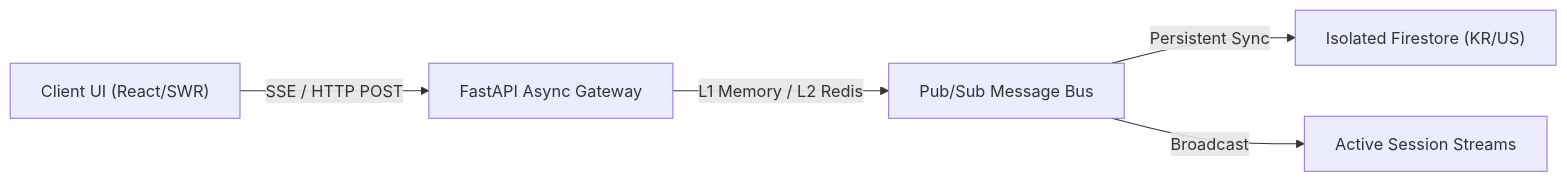
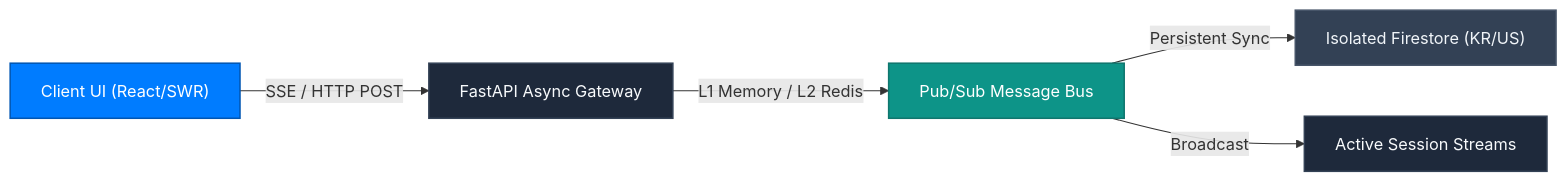
One commit to Connex-Brothers-Consulting-Group/cbcg-hs-connex-docs changed the diagram in features/coworx.mdx. Above: the diagram before and after it, drawn with Mermaid. The commit also changed 35 other files, not shown here.

First line of the commit message:
feat(docs): overhaul enterprise architecture, 6-tab navigation, and 5-pillar user manuals

````diff
--- a/features/coworx.mdx
+++ b/features/coworx.mdx
@@ -30,7 +30,12 @@
 ```mermaid
 graph LR
-    A["Client UI (React/SWR)"] -->|"SSE / HTTP POST"| B["FastAPI Async Gateway"]
-    B -->|"L1 Memory / L2 Redis"| C["Pub/Sub Message Bus"]
-    C -->|"Persistent Sync"| D["Isolated Firestore (KR/US)"]
-    C -->|"Broadcast"| E["Active Session Streams"]
+    classDef primary fill:#007CFF,stroke:#0056B3,stroke-width:1.5px,color:#FFFFFF;
+    classDef enterprise fill:#1E293B,stroke:#334155,stroke-width:1.5px,color:#F8FAFC;
+    classDef accent fill:#0D9488,stroke:#0F766E,stroke-width:1.5px,color:#FFFFFF;
+    classDef storage fill:#334155,stroke:#475569,stroke-width:1.5px,color:#F1F5F9;
+
+    A["Client UI (React/SWR)"]:::primary -->|"SSE / HTTP POST"| B["FastAPI Async Gateway"]:::enterprise
+    B -->|"L1 Memory / L2 Redis"| C["Pub/Sub Message Bus"]:::accent
+    C -->|"Persistent Sync"| D["Isolated Firestore (KR/US)"]:::storage
+    C -->|"Broadcast"| E["Active Session Streams"]:::enterprise
 ```
````
